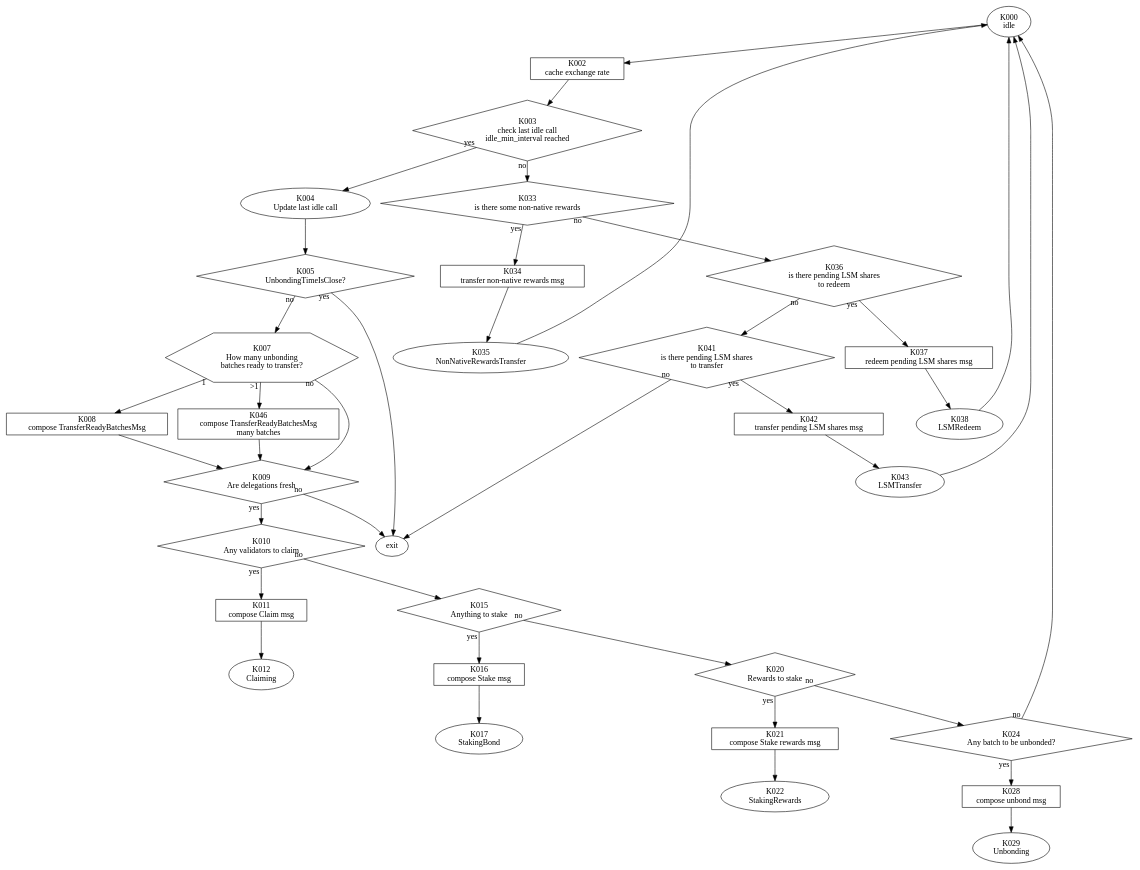
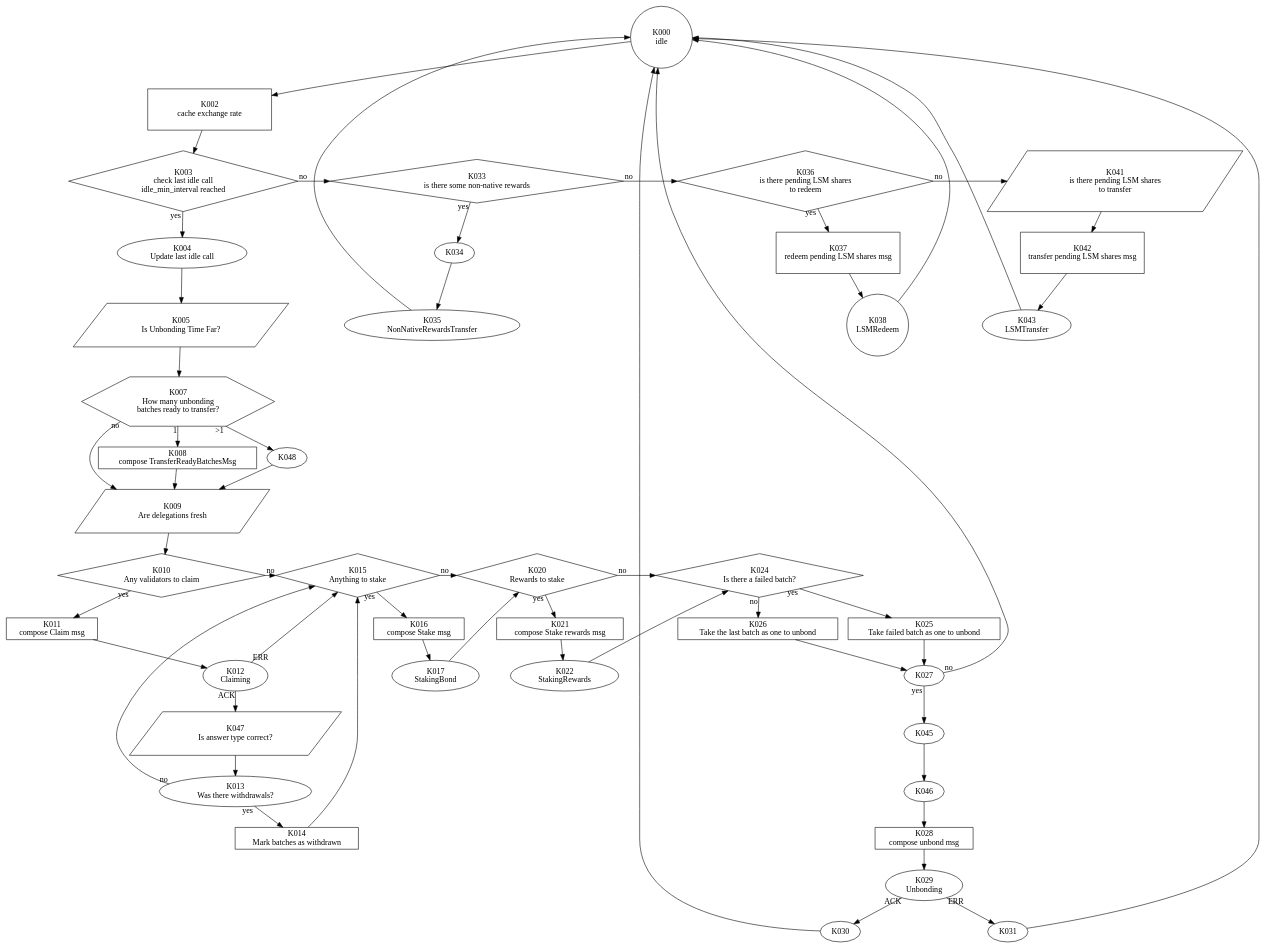
One commit to hadronlabs-org/drop-contracts changed the diagram in graph.gv. Above: the diagram before and after it, drawn with Graphviz. The commit also changed 1 other file, not shown here.

```diff
--- a/graph.gv
+++ b/graph.gv
@@ -1,91 +1,128 @@
 digraph G {
-    K000 [label = "K000\nidle";];
-    K002 [label = "K002\ncache exchange rate";shape = "box";];
-    K003 [label = "K003\ncheck last idle call\nidle_min_interval reached";shape = "diamond";];
-    
-    K033 [label = "K033\nis there some non-native rewards";shape = "diamond";];
-    K034 [label = "K034\ntransfer non-native rewards msg";shape = "box";];
-    K035 [label = "K035\nNonNativeRewardsTransfer";];
-    
-    K036 [label = "K036\nis there pending LSM shares\nto redeem";shape = "diamond";];
-    K037 [label = "K037\nredeem pending LSM shares msg";shape = "box";];
-    K038 [label = "K038\nLSMRedeem";];
-    
-    K041 [label = "K041\nis there pending LSM shares\nto transfer";shape = "diamond";];
-    K042 [label = "K042\ntransfer pending LSM shares msg";shape = "box";];
-    K043 [label = "K043\nLSMTransfer";];
-    
-    K005 [label = "K005\nUnbondingTimeIsClose?";shape = "diamond";];
-    K007 [label = "K007\nHow many unbonding\nbatches ready to transfer?";shape = "hexagon";];
-    K008 [label = "K008\n compose TransferReadyBatchesMsg";shape = "box";];
-    K046 [label = "K046\n compose TransferReadyBatchesMsg\nmany batches";shape = "box";];
-    
-    K009 [label = "K009\nAre delegations fresh";shape = "diamond";];
-    K010 [label = "K010\nAny validators to claim";shape = "diamond";];
-    
-    K015 [label = "K015\nAnything to stake";shape = "diamond";];
-    K016 [label = "K016\ncompose Stake msg";shape = "box";];
-    K017 [label = "K017\nStakingBond";];
-    
-    K020 [label = "K020\nRewards to stake";shape = "diamond";];
-    K021 [label = "K021\ncompose Stake rewards msg";shape = "box";];
-    K022 [label = "K022\nStakingRewards";];
-    
-    K024 [label = "K024\nAny batch to be unbonded?";shape = "diamond";];
-    K028 [label = "K028\ncompose unbond msg";shape = "box";];
-    K029 [label = "K029\nUnbonding";];
-    
-    K011 [label = "K011\ncompose Claim msg";shape = "box";];
-    K012 [label = "K012\nClaiming";];
-    K004 [label = "K004\nUpdate last idle call";];
-    
-    ERR [label = "exit";];
-    
+    layout=dot;
+    rankdir=TB;  // Top to Bottom direction
+
+    // Define individual ranks for the specific lines
+    {
+        rank=same;
+        K000 [label = "K000\nidle", shape=circle, fixedsize=true, width=1.5, height=1.5];
+    }
+
+    {
+        rank=same;
+        K002 [label = "K002\ncache exchange rate", shape=box, fixedsize=true, width=3, height=1];
+    }
+
+    {
+        rank=same;
+        K003 [label = "K003\ncheck last idle call\nidle_min_interval reached", shape=diamond];
+        K033 [label = "K033\nis there some non-native rewards", shape=diamond];
+        K036 [label = "K036\nis there pending LSM shares\nto redeem", shape=diamond];
+        K041 [label = "K041\nis there pending LSM shares\nto transfer", shape=polygon, sides=4, skew=.4];
+    }
+
+    {
+        rank=same;
+        K010 [label = "K010\nAny validators to claim", shape=diamond];
+        K015 [label = "K015\nAnything to stake", shape=diamond];
+        K020 [label = "K020\nRewards to stake", shape=diamond];
+        K024 [label = "K024\nIs there a failed batch?", shape=diamond];
+    }
+    {
+        rank=same;
+    K011 [label = "K011\ncompose Claim msg", shape=box];
+    K016 [label = "K016\ncompose Stake msg", shape=box];
+    K021 [label = "K021\ncompose Stake rewards msg", shape=box];
+    }
+    // The rest of the nodes
+    K004 [label = "K004\nUpdate last idle call"];
+    K005 [label = "K005\nIs Unbonding Time Far?", shape=polygon, sides=4, skew=.4];
+    K007 [label = "K007\nHow many unbonding\nbatches ready to transfer?", shape=hexagon];
+    K008 [label = "K008\ncompose TransferReadyBatchesMsg", shape=box];
+    K009 [label = "K009\nAre delegations fresh", shape=polygon, sides=4, skew=.4];
+    K012 [label = "K012\nClaiming"];
+    K013 [label = "K013\nWas there withdrawals?"];
+    K014 [label = "K014\nMark batches as withdrawn", shape=box];
+    K017 [label = "K017\nStakingBond"];
+    K022 [label = "K022\nStakingRewards"];
+    K025 [label = "K025\nTake failed batch as one to unbond", shape=box];
+    K026 [label = "K026\nTake the last batch as one to unbond", shape=box];
+    K028 [label = "K028\ncompose unbond msg", shape=box];
+    K029 [label = "K029\nUnbonding"];
+    K035 [label = "K035\nNonNativeRewardsTransfer"];
+    K037 [label = "K037\nredeem pending LSM shares msg", shape=box, fixedsize=true, width=3, height=1];
+    K038 [label = "K038\nLSMRedeem", shape=circle, fixedsize=true, width=1.5, height=1.5];
+    K042 [label = "K042\ntransfer pending LSM shares msg", shape=box, fixedsize=true, width=3, height=1];
+    K043 [label = "K043\nLSMTransfer"];
+    K047 [label = "K047\nIs answer type correct?", shape=polygon, sides=4, skew=.4];
+
     K000 -> K002;
     K002 -> K003;
     K003 -> K033 [taillabel = "no";];
     
     K033 -> K034 [taillabel = "yes";];
     K034 -> K035;
     K033 -> K036 [taillabel = "no";];
     K036 -> K037 [taillabel = "yes";];
     K037 -> K038;
     K036 -> K041 [taillabel = "no";];
-    K041 -> K042 [taillabel = "yes";];
+    K041 -> K042;
     K042 -> K043;
-    K041 -> ERR [taillabel = "no";];
-    
+
     K003 -> K004 [taillabel = "yes";];
     K004 -> K005;
-    K005 -> ERR [taillabel = "yes";];
-    K005 -> K007 [taillabel = "no";];
-    
+    K005 -> K007;
+
     K007 -> K008 [taillabel = "1";];
-    K007 -> K046 [taillabel = ">1";];
+    K007 -> K048 [taillabel = ">1";];
     K007 -> K009 [taillabel = "no";];
 
     K008 -> K009;
-    K046 -> K009;
+    K048 -> K009;
     
-    K009 -> ERR [taillabel = "no";];
-    K009 -> K010 [taillabel = "yes";];
+    K009 -> K010;
     K010 -> K015 [taillabel = "no";];
+
     K015 -> K016 [taillabel = "yes";];
     K016 -> K017;
-    
+
     K015 -> K020 [taillabel = "no";];
     K020 -> K021 [taillabel = "yes";];
     K021 -> K022;
-    
+
     K020 -> K024 [taillabel = "no";];
-    K024 -> K028 [taillabel = "yes";];
+    K024 -> K025 [taillabel = "yes";];
     K028 -> K029;
-    
-    K024 -> K000 [taillabel = "no";];
+
+    K024 -> K026 [taillabel = "no";];
     K010 -> K011 [taillabel = "yes";];
     K011 -> K012;
-    
+
     K038 -> K000;
     K043 -> K000;
     K035 -> K000;
+
+    K013 -> K014 [taillabel = "yes";];
+    K013 -> K015 [taillabel = "no";];
+
+    K012 -> K047 [taillabel = "ACK";];
+    K012 -> K015 [taillabel = "ERR";];
+    K047 -> K013;
+    K014 -> K015;
+
+    K017 -> K020;
+    K022 -> K024;
+
+    K029 -> K030 [taillabel = "ACK";];
+    K029 -> K031 [taillabel = "ERR";];
+
+    K030 -> K000;
+    K031 -> K000;
+    K025 -> K027;
+    K026 -> K027;
+
+    K027 -> K045 [taillabel = "yes";];
+    K027 -> K000 [taillabel = "no";];
+    K045 -> K046;
+    K046 -> K028;
 }
```
